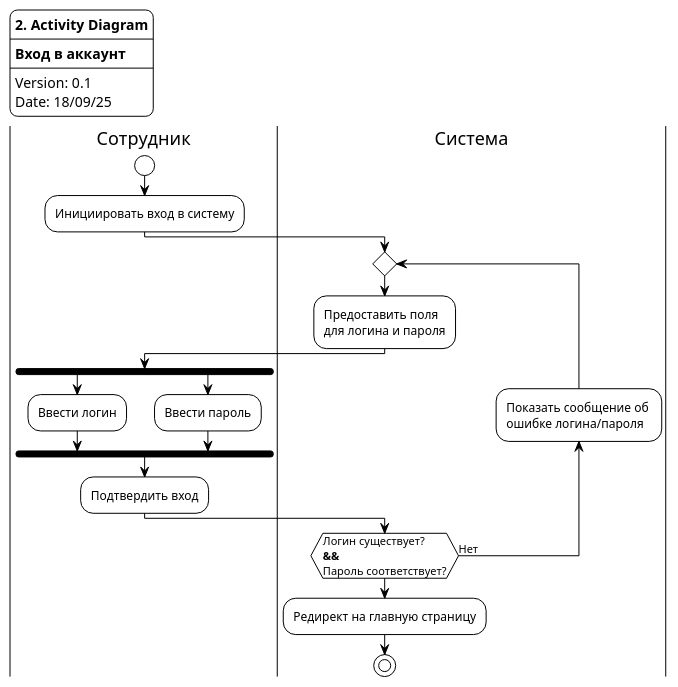
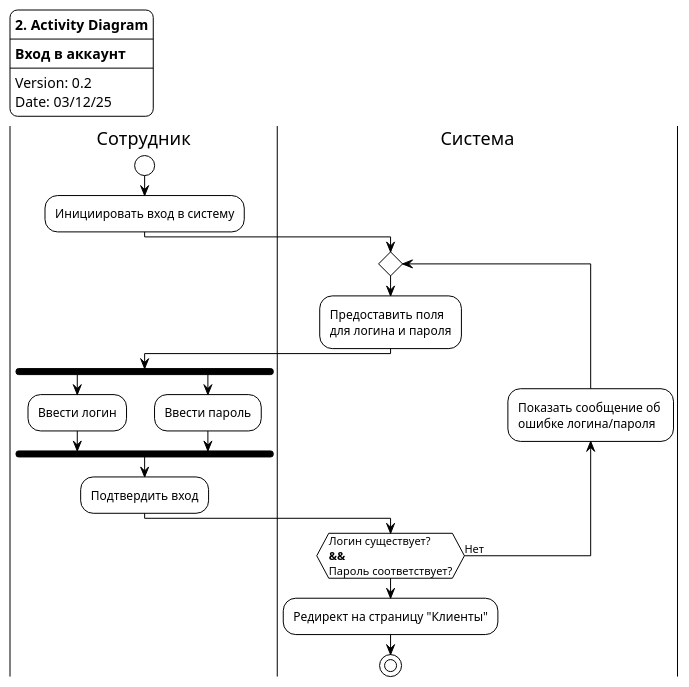
The diagram in documentation/activity/log_in.puml (Poke0647/ads-yandex-direct-reports-service), drawn with PlantUML before and after one commit. The commit also changed 3 other files, not shown here.

```diff
--- a/documentation/activity/log_in.puml
+++ b/documentation/activity/log_in.puml
@@ -1,38 +1,38 @@
 @startuml
 
 !pragma layout smetana
 !theme plain
 
 legend top left
     <b>2. Activity Diagram
     ----
     <b>Вход в аккаунт
     ----
-    Version: 0.1
-    Date: 18/09/25
+    Version: 0.2
+    Date: 03/12/25
 end legend
 
 |Сотрудник|
 start
 :Инициировать вход в систему;
 
 |Система|
 repeat
 :Предоcтавить поля \nдля логина и пароля;
 
 |Сотрудник|
 fork
 :Ввести логин;
 fork again
 :Ввести пароль;
 end fork
 :Подтвердить вход;
 
 |Система|
 backward :Показать сообщение об \nошибке логина/пароля;
 repeat while (Логин существует? \n<b>&&</b>\nПароль соответствует?) is (Нет)
 
-:Редирект на главную страницу;
+:Редирект на страницу "Клиенты";
 
 stop
 @enduml
```
